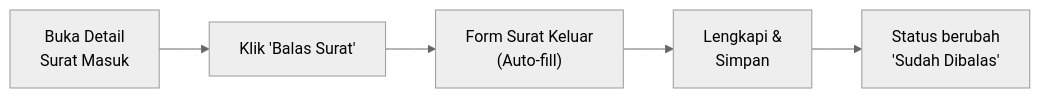
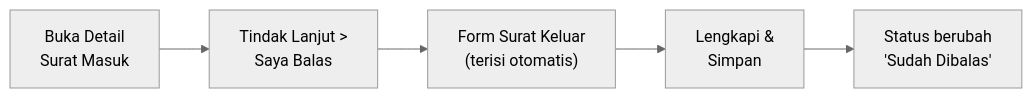
One commit to bayilaras/simsa-atrbpn changed the fourth of 9 diagrams in PANDUAN_PENGGUNAAN_SIMSA.md. Above: the diagram before and after it, drawn with Mermaid (neutral theme). The commit also changed other lines of this file, not shown here.

````diff
--- a/PANDUAN_PENGGUNAAN_SIMSA.md
+++ b/PANDUAN_PENGGUNAAN_SIMSA.md
@@ -392,7 +410,7 @@
 ```mermaid
 flowchart LR
-    A["Buka Detail\nSurat Masuk"] --> B["Klik 'Balas Surat'"]
-    B --> C["Form Surat Keluar\n(Auto-fill)"]
+    A["Buka Detail\nSurat Masuk"] --> B["Tindak Lanjut >\nSaya Balas"]
+    B --> C["Form Surat Keluar\n(terisi otomatis)"]
     C --> D["Lengkapi &\nSimpan"]
     D --> E["Status berubah\n'Sudah Dibalas'"]
 ```
````
